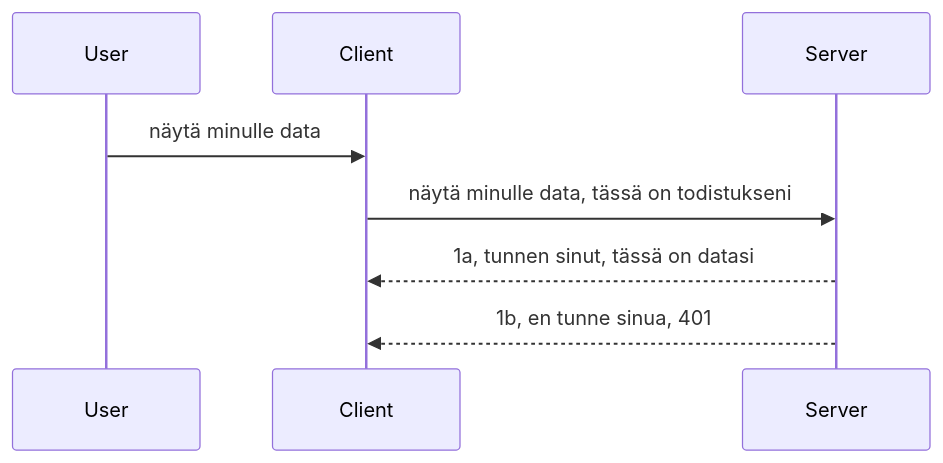
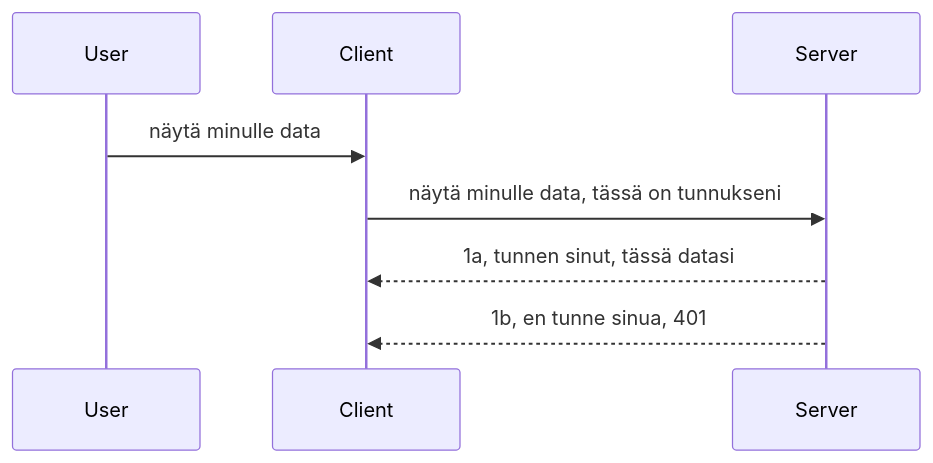
The diagram in mcp_ecosystem__model_context_protocol/mcp_learning_resources/mcp-for-beginners/translations/fi/03-GettingStarted/11-simple-auth/README.md (HIDORAKAI002/ai-workspace-archive), drawn with Mermaid before and after one commit. The commit also changed other lines of this file and 1160 other files, not shown here.

````diff
--- a/mcp_ecosystem__model_context_protocol/mcp_learning_resources/mcp-for-beginners/translations/fi/03-GettingStarted/11-simple-auth/README.md
+++ b/mcp_ecosystem__model_context_protocol/mcp_learning_resources/mcp-for-beginners/translations/fi/03-GettingStarted/11-simple-auth/README.md
@@ -24,11 +24,11 @@
 ```mermaid
 sequenceDiagram
    participant User
    participant Client
    participant Server
 
    User->>Client: näytä minulle data
-   Client->>Server: näytä minulle data, tässä on todistukseni
-   Server-->>Client: 1a, tunnen sinut, tässä on datasi
+   Client->>Server: näytä minulle data, tässä on tunnukseni
+   Server-->>Client: 1a, tunnen sinut, tässä datasi
    Server-->>Client: 1b, en tunne sinua, 401 
 ```
````
